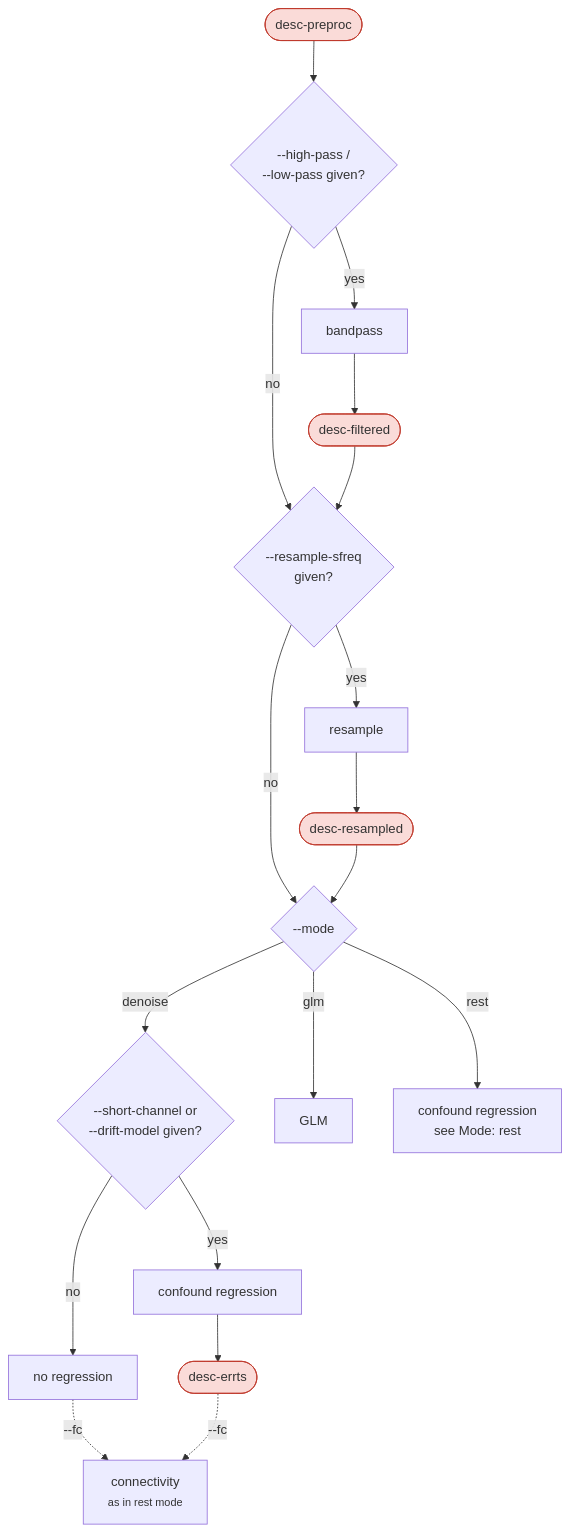
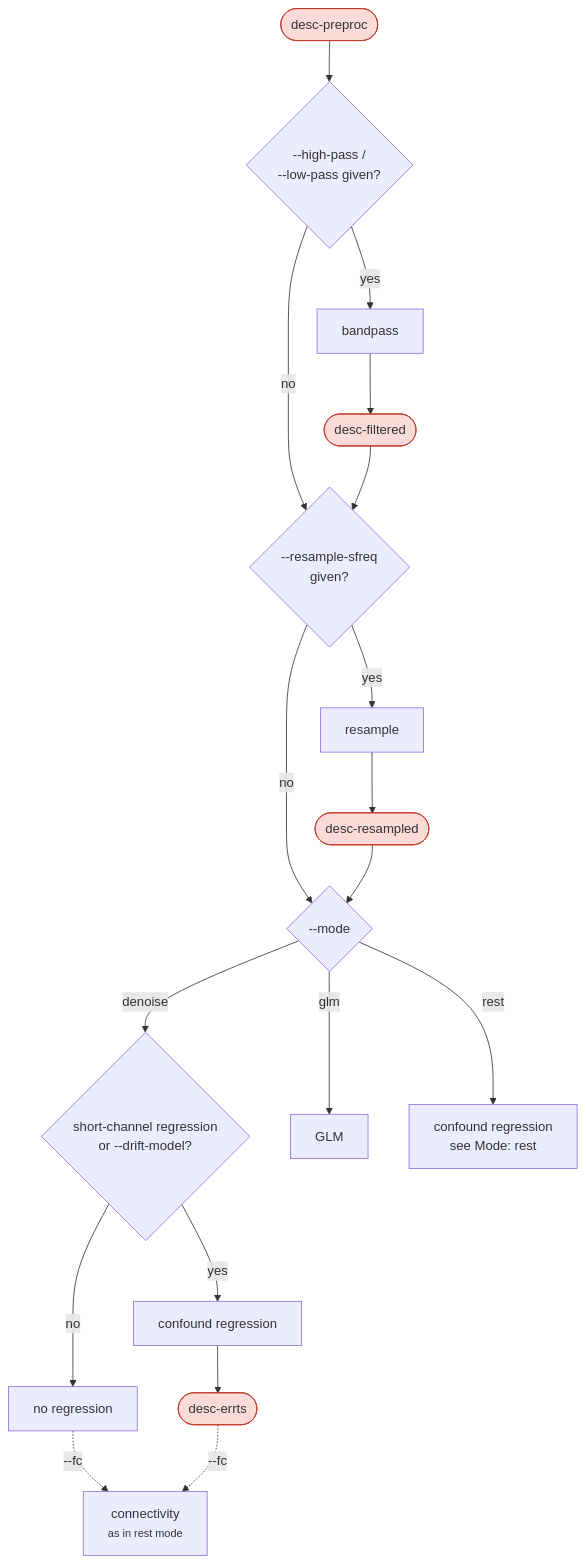
Before and after one commit to AU-CONNECT-Lab/NIRSPipe: the second of 3 diagrams in docs/workflows.md, drawn with Mermaid. The commit also changed other lines of this file and 8 other files, not shown here.

Commit message:
docs: raw QC as nirspipe-qc participant|group in one tree, nirspipe-provenance, --population with its table, --short-channel auto, and contrast tables; the usage and tutorial examples move to --population

````diff
--- a/docs/workflows.md
+++ b/docs/workflows.md
@@ -169,24 +169,24 @@
 ```mermaid
 flowchart TD
     PRE(["desc-preproc"]) --> BP{"--high-pass /<br/>--low-pass given?"}
     BP -->|yes| BPF["bandpass"]
     BPF --> FILT(["desc-filtered"])
     BP -->|no| RS
     FILT --> RS{"--resample-sfreq<br/>given?"}
     RS -->|yes| RSF["resample"]
     RSF --> RESA(["desc-resampled"])
     RS -->|no| MODE
     RESA --> MODE{"--mode"}
 
-    MODE -->|denoise| DSC{"--short-channel or<br/>--drift-model given?"}
+    MODE -->|denoise| DSC{"short-channel regression<br/>or --drift-model?"}
     DSC -->|no| DONE["no regression"]
     DSC -->|yes| DREG["confound regression"]
     DREG --> DERR(["desc-errts"])
     DONE -.->|--fc| DFC["connectivity<br/><small>as in rest mode</small>"]
     DERR -.->|--fc| DFC
     MODE -->|glm| GLM["GLM"]
     MODE -->|rest| REST["confound regression<br/>see Mode: rest"]
 
     classDef haemo fill:#fadbd8,stroke:#c0392b
     class PRE,FILT,RESA,DERR haemo
 ```
````
